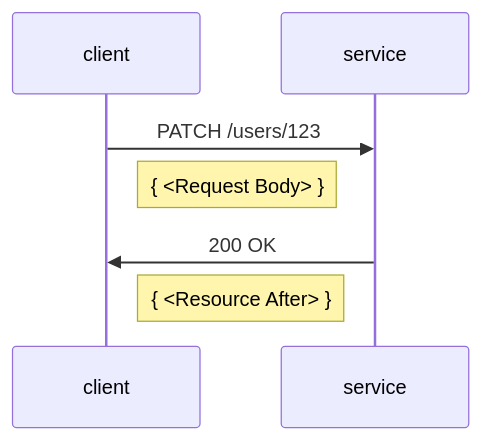
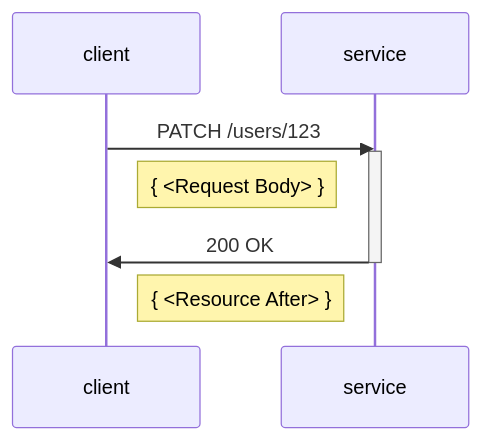
Before and after one commit to annelo-msft/gists: the first of 2 diagrams in patch-models/samples.md, drawn with Mermaid.

````diff
--- a/patch-models/samples.md
+++ b/patch-models/samples.md
@@ -83,7 +83,9 @@
 ```mermaid
 sequenceDiagram
     client->>service: PATCH /users/123
+    activate service
     Note right of client: { <Request Body> }
     service->>client: 200 OK
+    deactivate service
     Note left of service: { <Resource After> }
 ```
````
